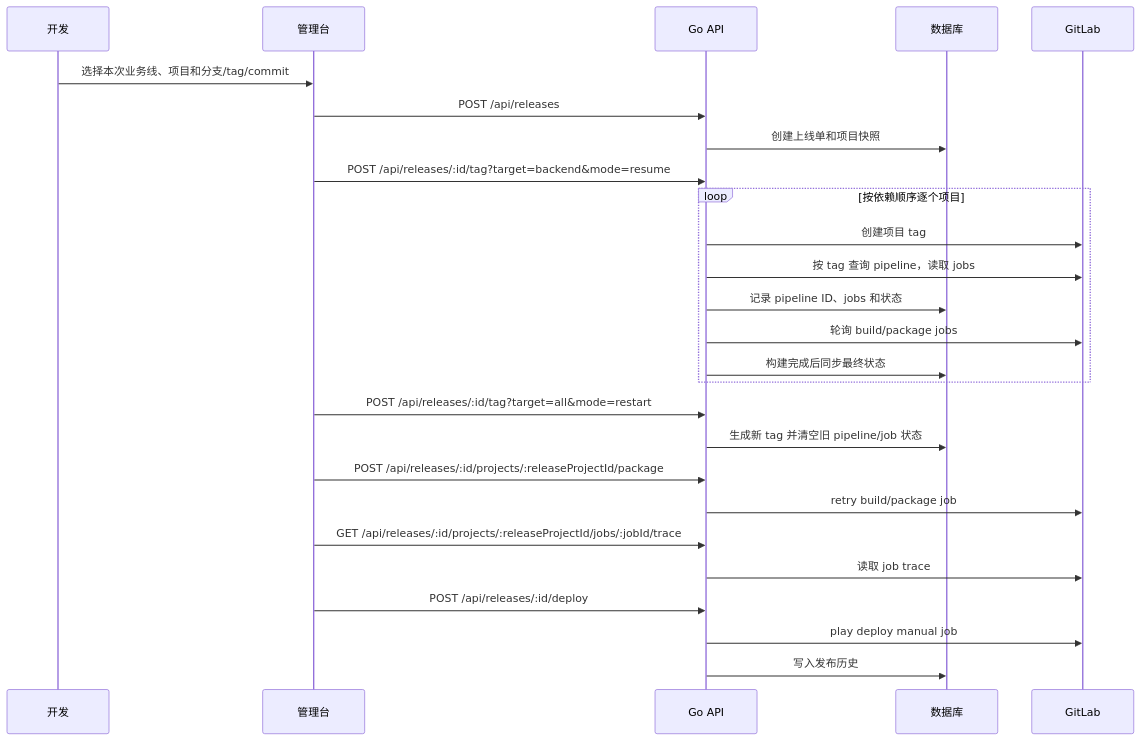
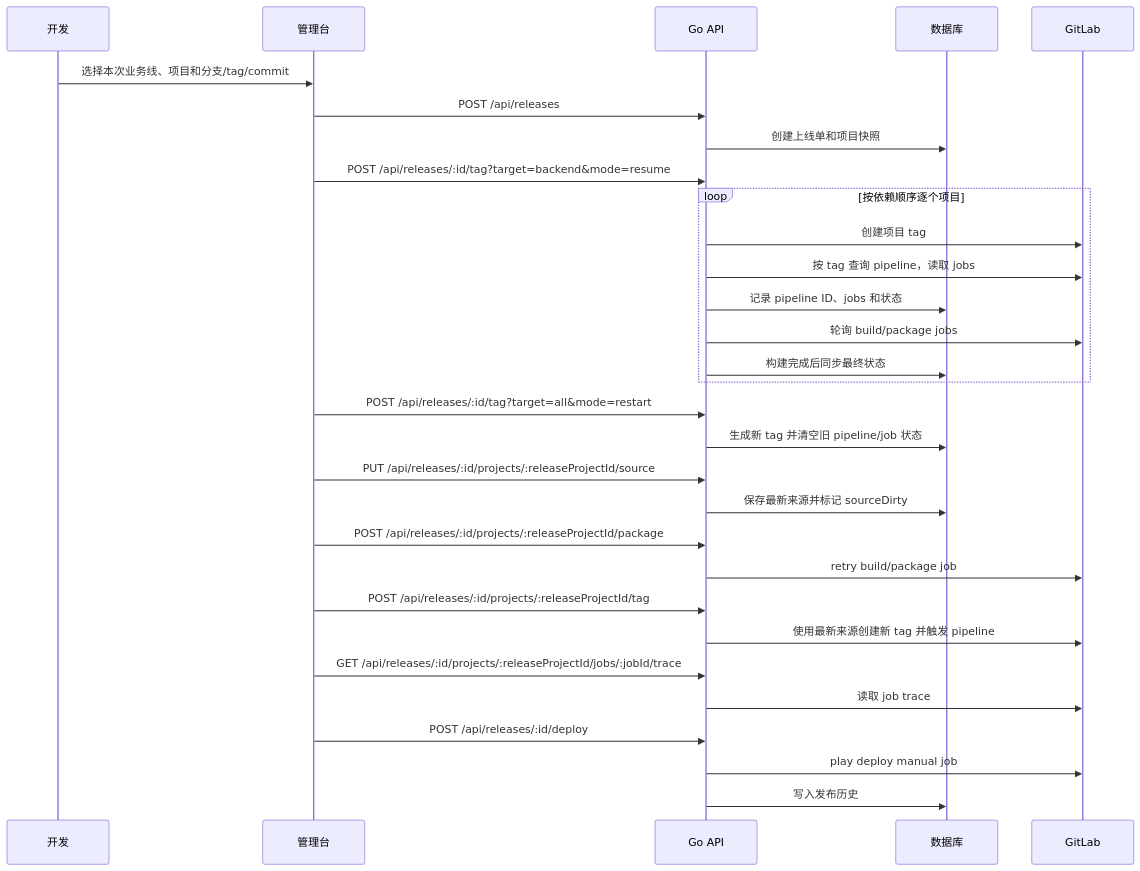
Before and after one commit to jktest709-arch/delivery-platform: the second of 2 diagrams in docs/architecture.md, drawn with Mermaid. The commit also changed other lines of this file and 12 other files, not shown here.

````diff
--- a/docs/architecture.md
+++ b/docs/architecture.md
@@ -38,29 +38,33 @@
 ```mermaid
 sequenceDiagram
   participant Dev as 开发
   participant Web as 管理台
   participant API as Go API
   participant DB as 数据库
   participant GL as GitLab
 
   Dev->>Web: 选择本次业务线、项目和分支/tag/commit
   Web->>API: POST /api/releases
   API->>DB: 创建上线单和项目快照
   Web->>API: POST /api/releases/:id/tag?target=backend&mode=resume
   loop 按依赖顺序逐个项目
     API->>GL: 创建项目 tag
     API->>GL: 按 tag 查询 pipeline，读取 jobs
     API->>DB: 记录 pipeline ID、jobs 和状态
     API->>GL: 轮询 build/package jobs
     API->>DB: 构建完成后同步最终状态
   end
   Web->>API: POST /api/releases/:id/tag?target=all&mode=restart
   API->>DB: 生成新 tag 并清空旧 pipeline/job 状态
+  Web->>API: PUT /api/releases/:id/projects/:releaseProjectId/source
+  API->>DB: 保存最新来源并标记 sourceDirty
   Web->>API: POST /api/releases/:id/projects/:releaseProjectId/package
   API->>GL: retry build/package job
+  Web->>API: POST /api/releases/:id/projects/:releaseProjectId/tag
+  API->>GL: 使用最新来源创建新 tag 并触发 pipeline
   Web->>API: GET /api/releases/:id/projects/:releaseProjectId/jobs/:jobId/trace
   API->>GL: 读取 job trace
   Web->>API: POST /api/releases/:id/deploy
   API->>GL: play deploy manual job
   API->>DB: 写入发布历史
 ```
````
